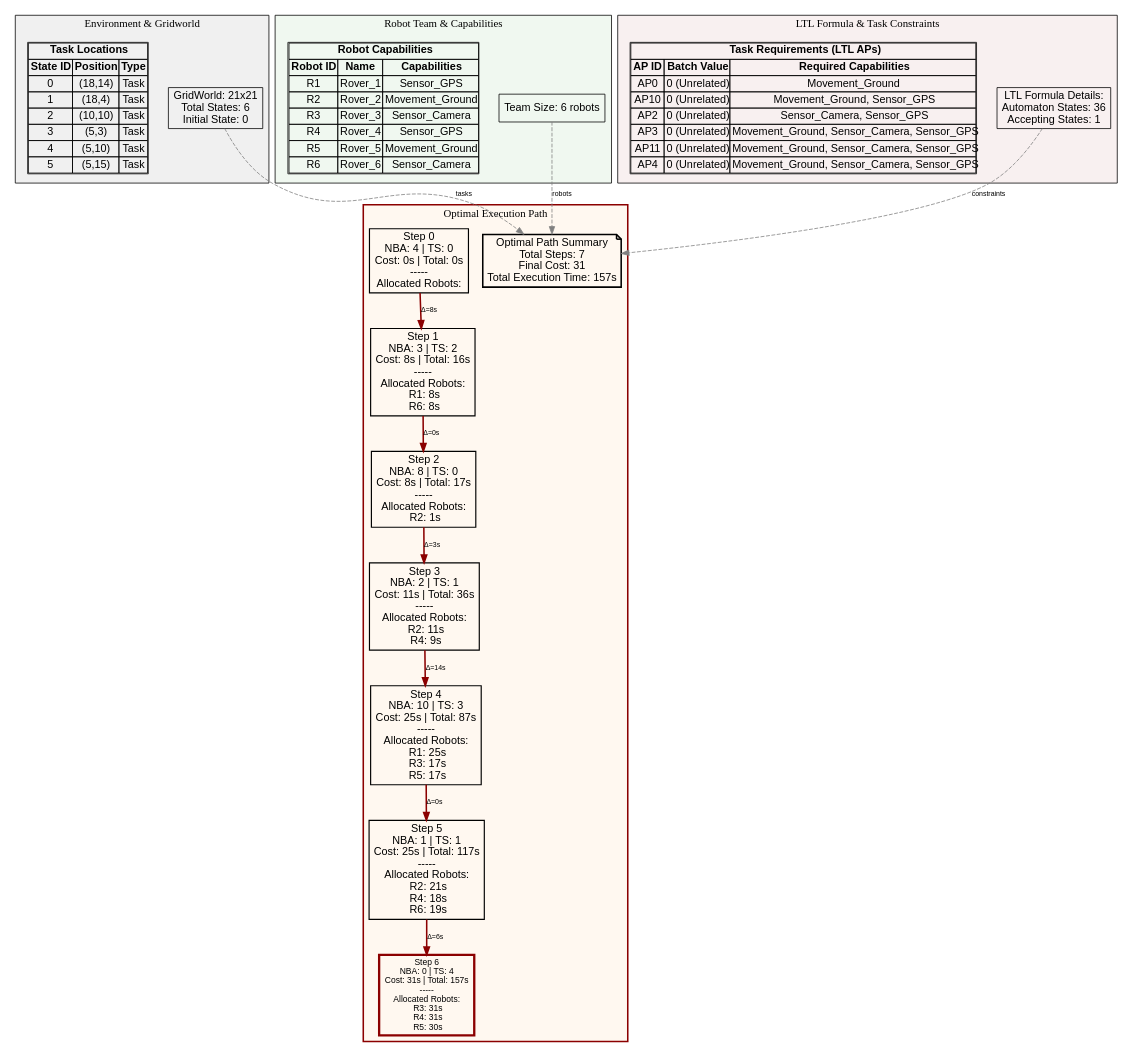
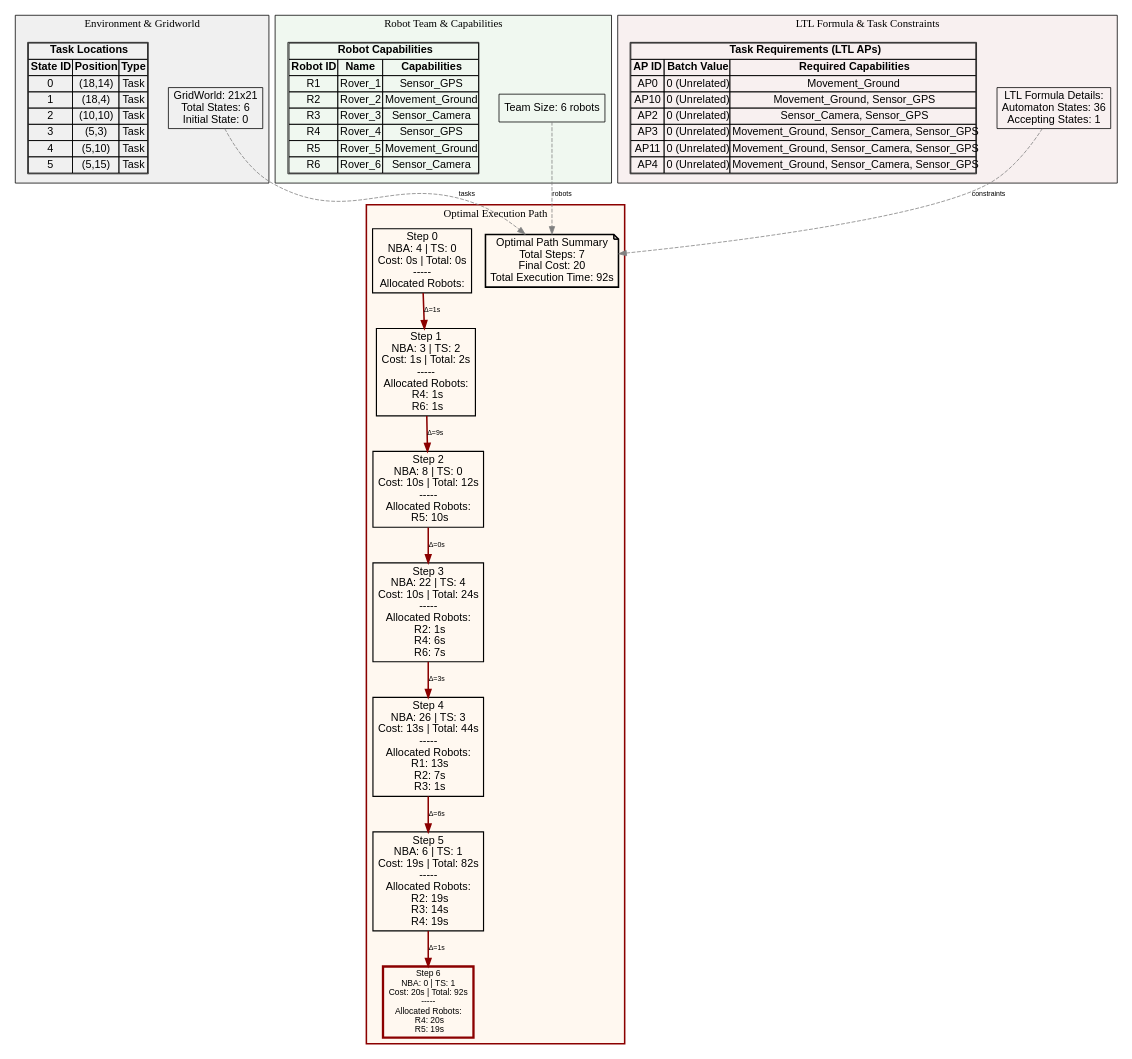
The diagram in MCTB-PDT/output/finite_test_4_path.dot (jrourke48/HMRTA_TS_GENERATION), drawn with Graphviz before and after one commit. The commit also changed 86 other files, not shown here.

```diff
--- a/MCTB-PDT/output/finite_test_4_path.dot
+++ b/MCTB-PDT/output/finite_test_4_path.dot
@@ -1,103 +1,103 @@
 digraph ComprehensiveOptimalPath {
   rankdir=TB;
   concentrate=true;
   node [fontname=Arial];
   edge [fontname=Arial, fontsize=9];
 
   subgraph cluster_environment {
     label="Environment & Gridworld";
     style=filled;
     fillcolor="#F0F0F0";
     color=black;
 
     env_info [shape=box, label="GridWorld: 21x21\nTotal States: 6\nInitial State: 0\n", fillcolor="#E8F4F8"];
 
     env_tasks [shape=plaintext, label=<
       <TABLE BORDER="1" CELLBORDER="1" CELLSPACING="0">
         <TR><TD COLSPAN="3"><B>Task Locations</B></TD></TR>
         <TR><TD><B>State ID</B></TD><TD><B>Position</B></TD><TD><B>Type</B></TD></TR>
         <TR><TD>0</TD><TD>(18,14)</TD><TD>Task</TD></TR>
         <TR><TD>1</TD><TD>(18,4)</TD><TD>Task</TD></TR>
         <TR><TD>2</TD><TD>(10,10)</TD><TD>Task</TD></TR>
         <TR><TD>3</TD><TD>(5,3)</TD><TD>Task</TD></TR>
         <TR><TD>4</TD><TD>(5,10)</TD><TD>Task</TD></TR>
         <TR><TD>5</TD><TD>(5,15)</TD><TD>Task</TD></TR>
       </TABLE>
     >];
   }
 
   subgraph cluster_robots {
     label="Robot Team & Capabilities";
     style=filled;
     fillcolor="#F0F8F0";
     color=black;
 
     team_info [shape=box, label="Team Size: 6 robots\n", fillcolor="#E8F8E8"];
 
     robot_caps [shape=plaintext, label=<
       <TABLE BORDER="1" CELLBORDER="1" CELLSPACING="0">
         <TR><TD COLSPAN="3"><B>Robot Capabilities</B></TD></TR>
         <TR><TD><B>Robot ID</B></TD><TD><B>Name</B></TD><TD><B>Capabilities</B></TD></TR>
         <TR><TD>R1</TD><TD>Rover_1</TD><TD>Sensor_GPS</TD></TR>
         <TR><TD>R2</TD><TD>Rover_2</TD><TD>Movement_Ground</TD></TR>
         <TR><TD>R3</TD><TD>Rover_3</TD><TD>Sensor_Camera</TD></TR>
         <TR><TD>R4</TD><TD>Rover_4</TD><TD>Sensor_GPS</TD></TR>
         <TR><TD>R5</TD><TD>Rover_5</TD><TD>Movement_Ground</TD></TR>
         <TR><TD>R6</TD><TD>Rover_6</TD><TD>Sensor_Camera</TD></TR>
       </TABLE>
     >];
   }
 
   subgraph cluster_ltl {
     label="LTL Formula & Task Constraints";
     style=filled;
     fillcolor="#F8F0F0";
     color=black;
 
     ltl_info [shape=box, label="LTL Formula Details:\nAutomaton States: 36\nAccepting States: 1\n", fillcolor="#F8E8E8"];
 
     ltl_tasks [shape=plaintext, label=<
       <TABLE BORDER="1" CELLBORDER="1" CELLSPACING="0">
         <TR><TD COLSPAN="3"><B>Task Requirements (LTL APs)</B></TD></TR>
         <TR><TD><B>AP ID</B></TD><TD><B>Batch Value</B></TD><TD><B>Required Capabilities</B></TD></TR>
         <TR><TD>AP0</TD><TD>0 (Unrelated)</TD><TD>Movement_Ground</TD></TR>
         <TR><TD>AP10</TD><TD>0 (Unrelated)</TD><TD>Movement_Ground, Sensor_GPS</TD></TR>
         <TR><TD>AP2</TD><TD>0 (Unrelated)</TD><TD>Sensor_Camera, Sensor_GPS</TD></TR>
         <TR><TD>AP3</TD><TD>0 (Unrelated)</TD><TD>Movement_Ground, Sensor_Camera, Sensor_GPS</TD></TR>
         <TR><TD>AP11</TD><TD>0 (Unrelated)</TD><TD>Movement_Ground, Sensor_Camera, Sensor_GPS</TD></TR>
         <TR><TD>AP4</TD><TD>0 (Unrelated)</TD><TD>Movement_Ground, Sensor_Camera, Sensor_GPS</TD></TR>
       </TABLE>
     >];
   }
 
   subgraph cluster_path {
     label="Optimal Execution Path";
     style=filled;
     fillcolor="#FFF8F0";
     color=darkred;
     penwidth=2;
 
-    path_summary [shape=note, label="Optimal Path Summary\nTotal Steps: 7\nFinal Cost: 31\nTotal Execution Time: 157s\n", fillcolor="#FFFFCC", penwidth=2];
+    path_summary [shape=note, label="Optimal Path Summary\nTotal Steps: 7\nFinal Cost: 20\nTotal Execution Time: 92s\n", fillcolor="#FFFFCC", penwidth=2];
 
     opt_0 [shape=box, label="Step 0\nNBA: 4 | TS: 0\nCost: 0s | Total: 0s\n-----\nAllocated Robots:\n", fillcolor="#B3E5FC", penwidth=1.5];
-    opt_1 [shape=box, label="Step 1\nNBA: 3 | TS: 2\nCost: 8s | Total: 16s\n-----\nAllocated Robots:\n  R1: 8s\n  R6: 8s\n", fillcolor="#B3E5FC", penwidth=1.5];
-    opt_2 [shape=box, label="Step 2\nNBA: 8 | TS: 0\nCost: 8s | Total: 17s\n-----\nAllocated Robots:\n  R2: 1s\n", fillcolor="#B3E5FC", penwidth=1.5];
-    opt_3 [shape=box, label="Step 3\nNBA: 2 | TS: 1\nCost: 11s | Total: 36s\n-----\nAllocated Robots:\n  R2: 11s\n  R4: 9s\n", fillcolor="#B3E5FC", penwidth=1.5];
-    opt_4 [shape=box, label="Step 4\nNBA: 10 | TS: 3\nCost: 25s | Total: 87s\n-----\nAllocated Robots:\n  R1: 25s\n  R3: 17s\n  R5: 17s\n", fillcolor="#B3E5FC", penwidth=1.5];
-    opt_5 [shape=box, label="Step 5\nNBA: 1 | TS: 1\nCost: 25s | Total: 117s\n-----\nAllocated Robots:\n  R2: 21s\n  R4: 18s\n  R6: 19s\n", fillcolor="#B3E5FC", penwidth=1.5];
-    opt_6 [shape=box, label="Step 6\nNBA: 0 | TS: 4\nCost: 31s | Total: 157s\n-----\nAllocated Robots:\n  R3: 31s\n  R4: 31s\n  R5: 30s\n", fillcolor="#FF6B6B", penwidth=3, color=darkred, fontweight=bold, fontsize=11];
+    opt_1 [shape=box, label="Step 1\nNBA: 3 | TS: 2\nCost: 1s | Total: 2s\n-----\nAllocated Robots:\n  R4: 1s\n  R6: 1s\n", fillcolor="#B3E5FC", penwidth=1.5];
+    opt_2 [shape=box, label="Step 2\nNBA: 8 | TS: 0\nCost: 10s | Total: 12s\n-----\nAllocated Robots:\n  R5: 10s\n", fillcolor="#B3E5FC", penwidth=1.5];
+    opt_3 [shape=box, label="Step 3\nNBA: 22 | TS: 4\nCost: 10s | Total: 24s\n-----\nAllocated Robots:\n  R2: 1s\n  R4: 6s\n  R6: 7s\n", fillcolor="#B3E5FC", penwidth=1.5];
+    opt_4 [shape=box, label="Step 4\nNBA: 26 | TS: 3\nCost: 13s | Total: 44s\n-----\nAllocated Robots:\n  R1: 13s\n  R2: 7s\n  R3: 1s\n", fillcolor="#B3E5FC", penwidth=1.5];
+    opt_5 [shape=box, label="Step 5\nNBA: 6 | TS: 1\nCost: 19s | Total: 82s\n-----\nAllocated Robots:\n  R2: 19s\n  R3: 14s\n  R4: 19s\n", fillcolor="#B3E5FC", penwidth=1.5];
+    opt_6 [shape=box, label="Step 6\nNBA: 0 | TS: 1\nCost: 20s | Total: 92s\n-----\nAllocated Robots:\n  R4: 20s\n  R5: 19s\n", fillcolor="#FF6B6B", penwidth=3, color=darkred, fontweight=bold, fontsize=11];
 
-    opt_0 -> opt_1 [label="Δ=8s", penwidth=2, color=darkred];
-    opt_1 -> opt_2 [label="Δ=0s", penwidth=2, color=darkred];
-    opt_2 -> opt_3 [label="Δ=3s", penwidth=2, color=darkred];
-    opt_3 -> opt_4 [label="Δ=14s", penwidth=2, color=darkred];
-    opt_4 -> opt_5 [label="Δ=0s", penwidth=2, color=darkred];
-    opt_5 -> opt_6 [label="Δ=6s", penwidth=2, color=darkred];
+    opt_0 -> opt_1 [label="Δ=1s", penwidth=2, color=darkred];
+    opt_1 -> opt_2 [label="Δ=9s", penwidth=2, color=darkred];
+    opt_2 -> opt_3 [label="Δ=0s", penwidth=2, color=darkred];
+    opt_3 -> opt_4 [label="Δ=3s", penwidth=2, color=darkred];
+    opt_4 -> opt_5 [label="Δ=6s", penwidth=2, color=darkred];
+    opt_5 -> opt_6 [label="Δ=1s", penwidth=2, color=darkred];
   }
 
   // Connections between clusters
   env_info -> path_summary [style=dashed, color=gray, label="tasks"];
   team_info -> path_summary [style=dashed, color=gray, label="robots"];
   ltl_info -> path_summary [style=dashed, color=gray, label="constraints"];
 
 }
```
